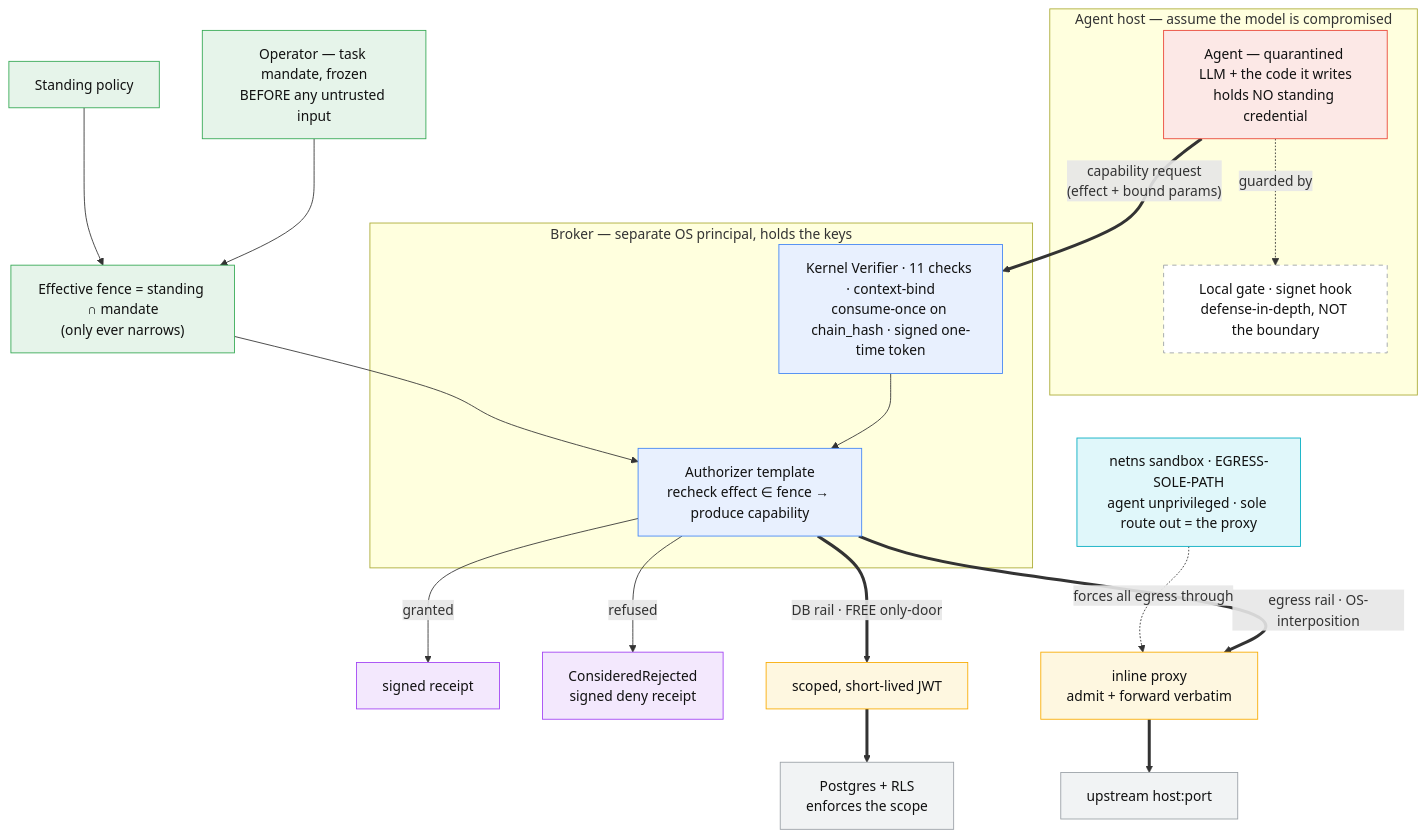
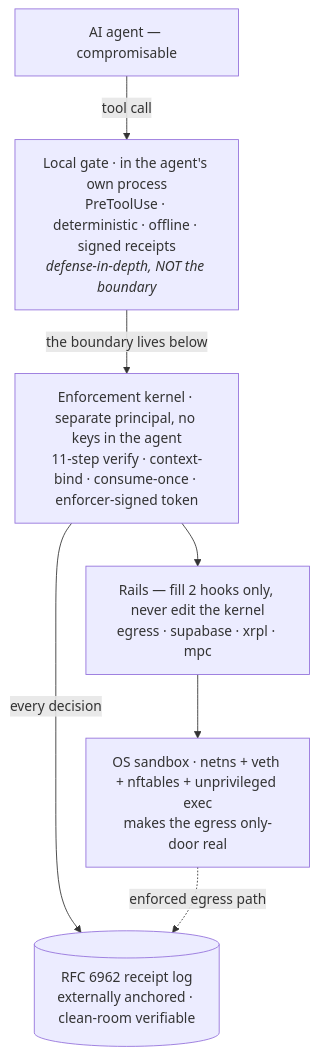
The diagram in README.md (juandifers/signet-runtime), drawn with Mermaid before and after one commit. The commit also changed other lines of this file and 7 other files, not shown here.

````diff
--- a/README.md
+++ b/README.md
@@ -55,41 +127,16 @@
 ```mermaid
-flowchart TD
-    OP["Operator — task mandate, frozen<br/>BEFORE any untrusted input"]:::trust
-    SP["Standing policy"]:::trust
-    OP --> FENCE["Effective fence = standing ∩ mandate<br/>(only ever narrows)"]:::trust
-    SP --> FENCE
+flowchart TB
+    AGENT["AI agent — compromisable"]
+    GATE["Local gate · in the agent's own process<br/>PreToolUse · deterministic · offline · signed receipts<br/><i>defense-in-depth, NOT the boundary</i>"]
+    KERNEL["Enforcement kernel · separate principal, no keys in the agent<br/>11-step verify · context-bind · consume-once · enforcer-signed token"]
+    RAILS["Rails — fill 2 hooks only, never edit the kernel<br/>egress · supabase · xrpl · mpc"]
+    SANDBOX["OS sandbox · netns + veth + nftables + unprivileged exec<br/>makes the egress only-door real"]
+    RECEIPT[("RFC 6962 receipt log<br/>externally anchored · clean-room verifiable")]
 
-    subgraph AGENTBOX["Agent host — assume the model is compromised"]
-        AGENT["Agent — quarantined LLM + the code it writes<br/>holds NO standing credential"]:::untrust
-        LG["Local gate · signet hook<br/>defense-in-depth, NOT the boundary"]:::soft
-    end
-    AGENT -. guarded by .-> LG
-
-    subgraph BROKERBOX["Broker — separate OS principal, holds the keys"]
-        KERNEL["Kernel Verifier · 11 checks · context-bind<br/>consume-once on chain_hash · signed one-time token"]:::core
-        TMPL["Authorizer template<br/>recheck effect ∈ fence → produce capability"]:::core
-        KERNEL --> TMPL
-    end
-
-    AGENT ==>|"capability request<br/>(effect + bound params)"| KERNEL
-    FENCE --> TMPL
-    TMPL -->|granted| RCPT["signed receipt"]:::rcpt
-    TMPL -->|refused| REJ["ConsideredRejected<br/>signed deny receipt"]:::rcpt
-
-    TMPL ==>|"DB rail · FREE only-door"| JWT["scoped, short-lived JWT"]:::cap
-    JWT ==> PG["Postgres + RLS<br/>enforces the scope"]:::ext
-    TMPL ==>|"egress rail · OS-interposition"| PROXY["inline proxy<br/>admit + forward verbatim"]:::cap
-    PROXY ==> NET["upstream host:port"]:::ext
-
-    NETNS["netns sandbox · EGRESS-SOLE-PATH<br/>agent unprivileged · sole route out = the proxy"]:::os
-    NETNS -. forces all egress through .-> PROXY
-
-    classDef trust fill:#e6f4ea,stroke:#34a853,color:#111;
-    classDef untrust fill:#fce8e6,stroke:#ea4335,color:#111;
-    classDef core fill:#e8f0fe,stroke:#4285f4,color:#111;
-    classDef cap fill:#fef7e0,stroke:#f9ab00,color:#111;
-    classDef ext fill:#f1f3f4,stroke:#9aa0a6,color:#111;
-    classDef rcpt fill:#f3e8fd,stroke:#a142f4,color:#111;
-    classDef os fill:#e0f7fa,stroke:#00acc1,color:#111;
-    classDef soft fill:#ffffff,stroke:#9aa0a6,stroke-dasharray:5 5,color:#111;
+    AGENT -->|tool call| GATE
+    GATE -->|"the boundary lives below"| KERNEL
+    KERNEL --> RAILS
+    RAILS --> SANDBOX
+    KERNEL -->|every decision| RECEIPT
+    SANDBOX -.->|enforced egress path| RECEIPT
 ```
````
